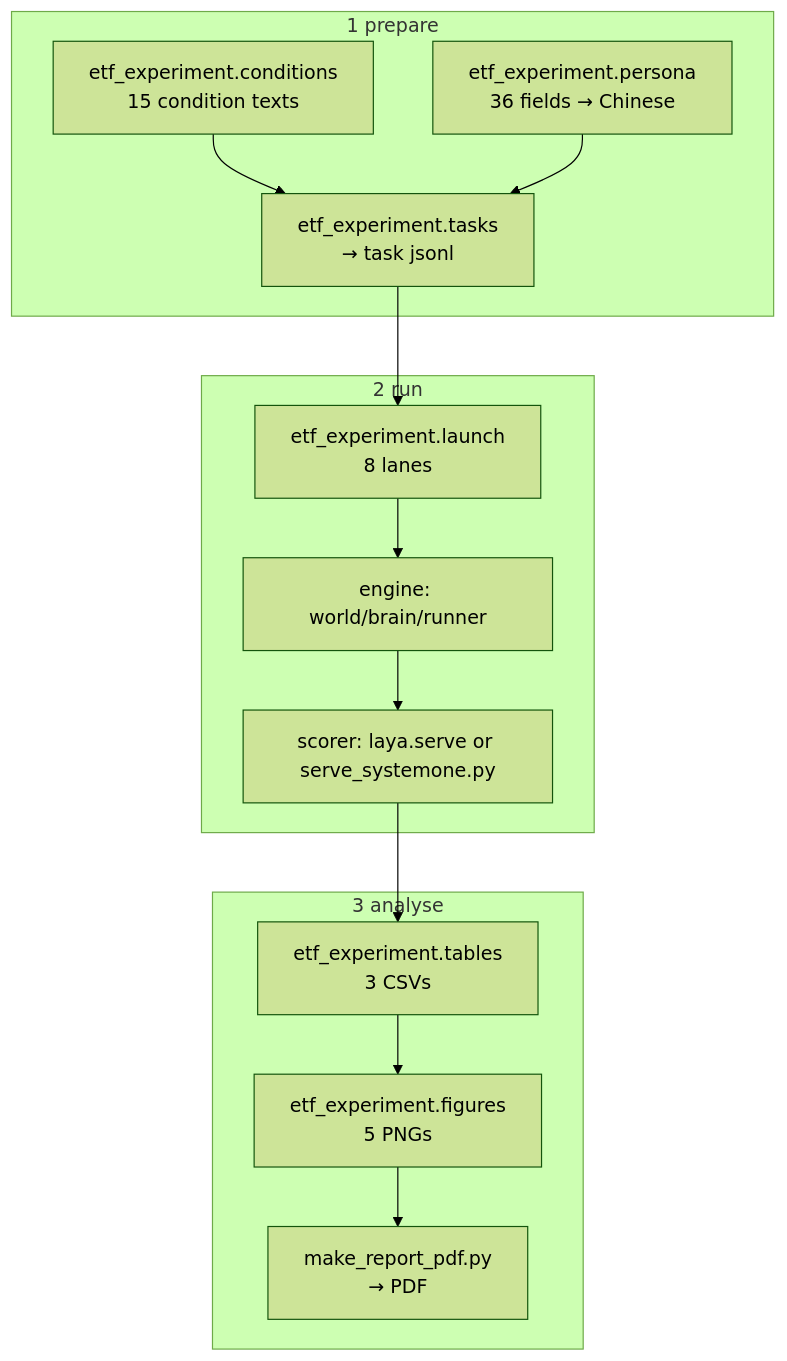
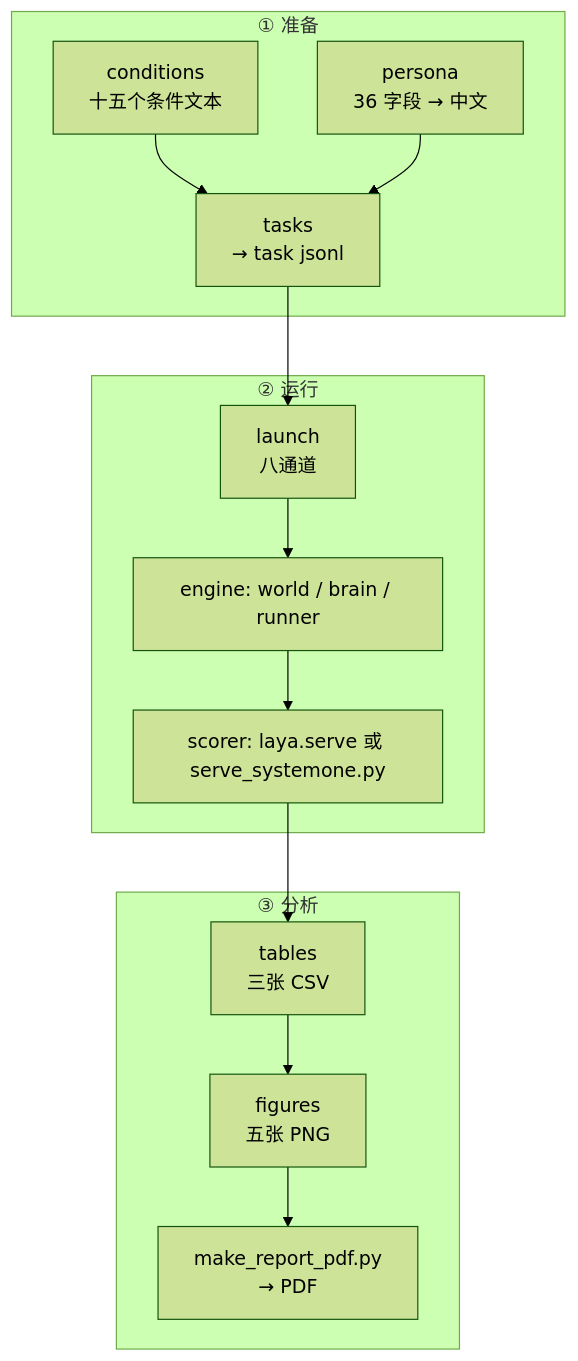
The third of 3 diagrams in docs/调用链路.md (ShuKK777/etf-household-experiment), drawn with Mermaid (forest theme) before and after one commit. The commit also changed other lines of this file, not shown here.

Commit message:
docs: rewrite the engine call-chain note in Chinese, name the refactored modules

````diff
--- a/docs/调用链路.md
+++ b/docs/调用链路.md
@@ -107,22 +126,22 @@
 ```mermaid
 flowchart TD
-    subgraph prepare["1 prepare"]
-        P1["etf_experiment.conditions<br/>15 condition texts"]
-        P2["etf_experiment.persona<br/>36 fields → Chinese"]
-        P3["etf_experiment.tasks<br/>→ task jsonl"]
+    subgraph prepare["① 准备"]
+        P1["conditions<br/>十五个条件文本"]
+        P2["persona<br/>36 字段 → 中文"]
+        P3["tasks<br/>→ task jsonl"]
     end
-    subgraph run["2 run"]
-        R1["etf_experiment.launch<br/>8 lanes"]
-        R2["engine: world/brain/runner"]
-        R3["scorer: laya.serve or serve_systemone.py"]
+    subgraph run["② 运行"]
+        R1["launch<br/>八通道"]
+        R2["engine: world / brain / runner"]
+        R3["scorer: laya.serve 或 serve_systemone.py"]
     end
-    subgraph analyse["3 analyse"]
-        A1["etf_experiment.tables<br/>3 CSVs"]
-        A2["etf_experiment.figures<br/>5 PNGs"]
+    subgraph analyse["③ 分析"]
+        A1["tables<br/>三张 CSV"]
+        A2["figures<br/>五张 PNG"]
         A3["make_report_pdf.py<br/>→ PDF"]
     end
     P1 --> P3
     P2 --> P3
     P3 --> R1 --> R2 --> R3
     R3 --> A1 --> A2 --> A3
 ```
````
